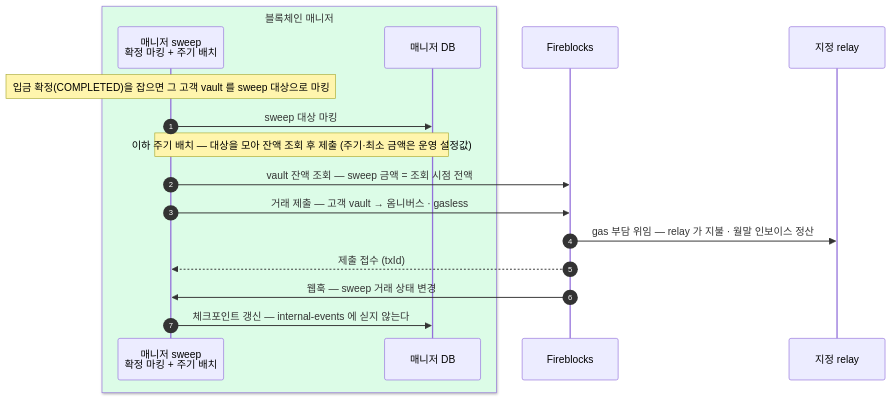
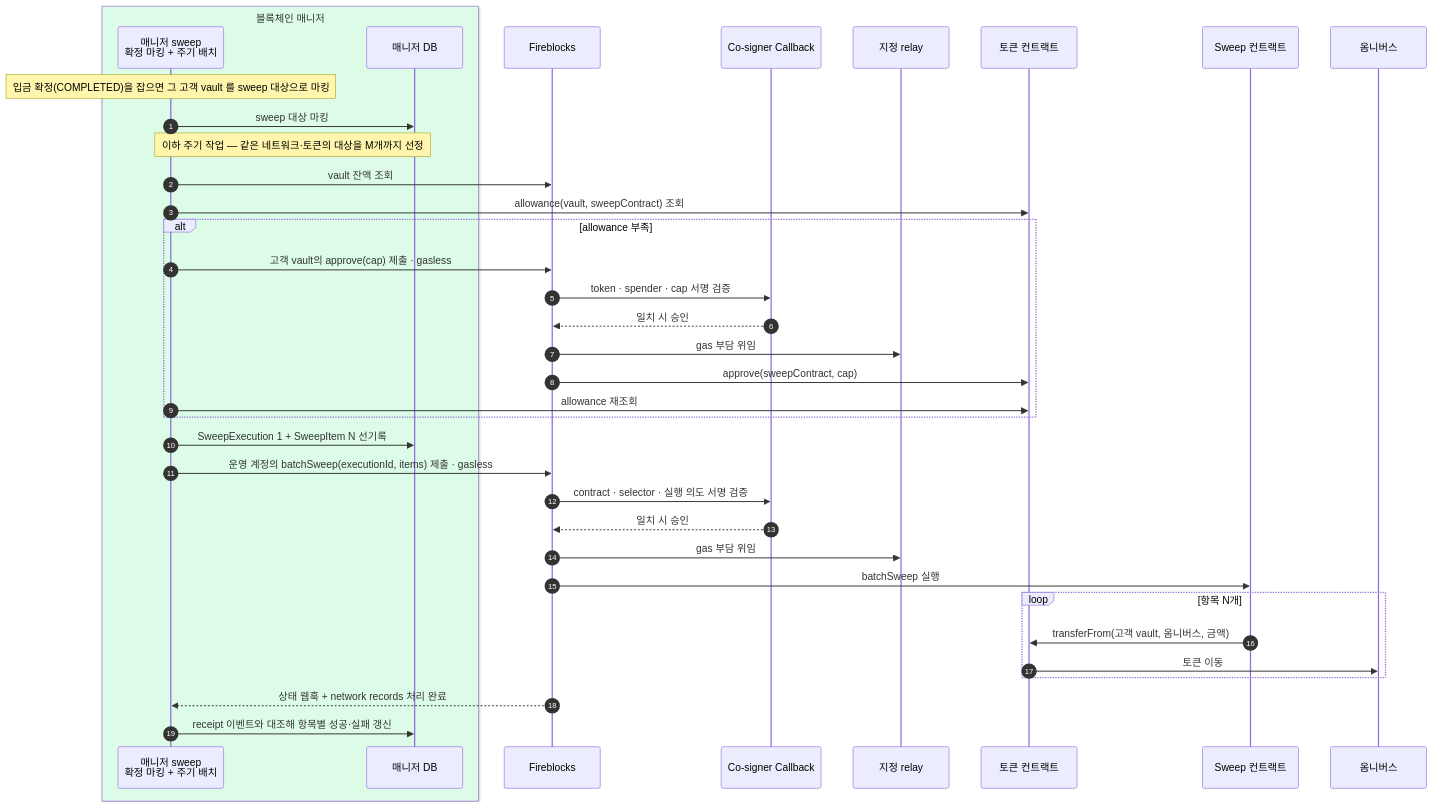
One commit to eunsujeo/fireblocks-test changed the fourth of 6 diagrams in docs/design/02-bcm-flow.md. Above: the diagram before and after it, drawn with Mermaid. The commit also changed other lines of this file and 12 other files, not shown here.

````diff
--- a/docs/design/02-bcm-flow.md
+++ b/docs/design/02-bcm-flow.md
@@ -225,20 +225,40 @@
 ```mermaid
 sequenceDiagram
     autonumber
     box rgb(220,252,231) 블록체인 매니저
     participant BM as 매니저 sweep<br/>확정 마킹 + 주기 배치
     participant MDB as 매니저 DB
     end
     participant FB as Fireblocks
+    participant CB as Co-signer Callback
     participant RL as 지정 relay
+    participant TKN as 토큰 컨트랙트
+    participant SWC as Sweep 컨트랙트
+    participant OMN as 옴니버스
 
     Note over BM: 입금 확정(COMPLETED)을 잡으면 그 고객 vault 를 sweep 대상으로 마킹
     BM->>MDB: sweep 대상 마킹
-    Note over BM,MDB: 이하 주기 배치 — 대상을 모아 잔액 조회 후 제출 (주기·최소 금액은 운영 설정값)
-    BM->>FB: vault 잔액 조회 — sweep 금액 = 조회 시점 전액
-    BM->>FB: 거래 제출 — 고객 vault → 옴니버스 · gasless
-    FB->>RL: gas 부담 위임 — relay 가 지불 · 월말 인보이스 정산
-    FB-->>BM: 제출 접수 (txId)
-    FB->>BM: 웹훅 — sweep 거래 상태 변경
-    BM->>MDB: 체크포인트 갱신 — internal-events 에 싣지 않는다
+    Note over BM,MDB: 이하 주기 작업 — 같은 네트워크·토큰의 대상을 M개까지 선정
+    BM->>FB: vault 잔액 조회
+    BM->>TKN: allowance(vault, sweepContract) 조회
+    alt allowance 부족
+      BM->>FB: 고객 vault의 approve(cap) 제출 · gasless
+      FB->>CB: token · spender · cap 서명 검증
+      CB-->>FB: 일치 시 승인
+      FB->>RL: gas 부담 위임
+      FB->>TKN: approve(sweepContract, cap)
+      BM->>TKN: allowance 재조회
+    end
+    BM->>MDB: SweepExecution 1 + SweepItem N 선기록
+    BM->>FB: 운영 계정의 batchSweep(executionId, items) 제출 · gasless
+    FB->>CB: contract · selector · 실행 의도 서명 검증
+    CB-->>FB: 일치 시 승인
+    FB->>RL: gas 부담 위임
+    FB->>SWC: batchSweep 실행
+    loop 항목 N개
+      SWC->>TKN: transferFrom(고객 vault, 옴니버스, 금액)
+      TKN->>OMN: 토큰 이동
+    end
+    FB-->>BM: 상태 웹훅 + network records 처리 완료
+    BM->>MDB: receipt 이벤트와 대조해 항목별 성공·실패 갱신
 ```
````
